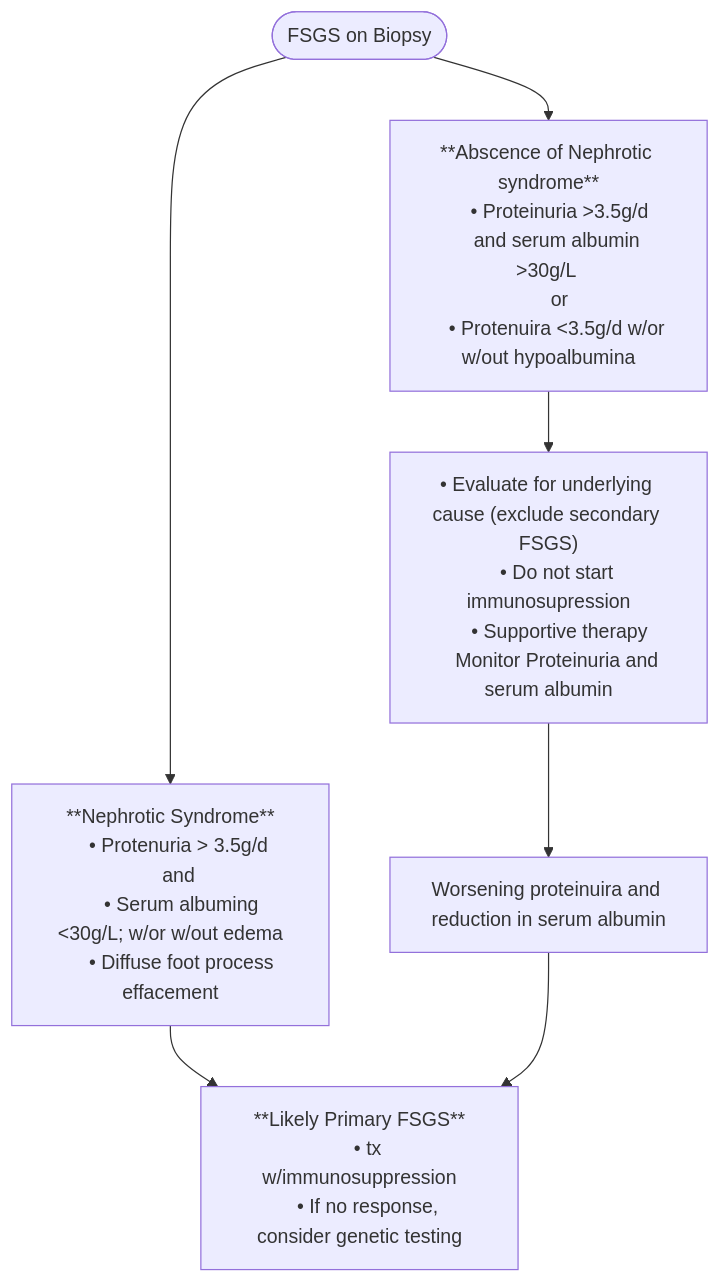
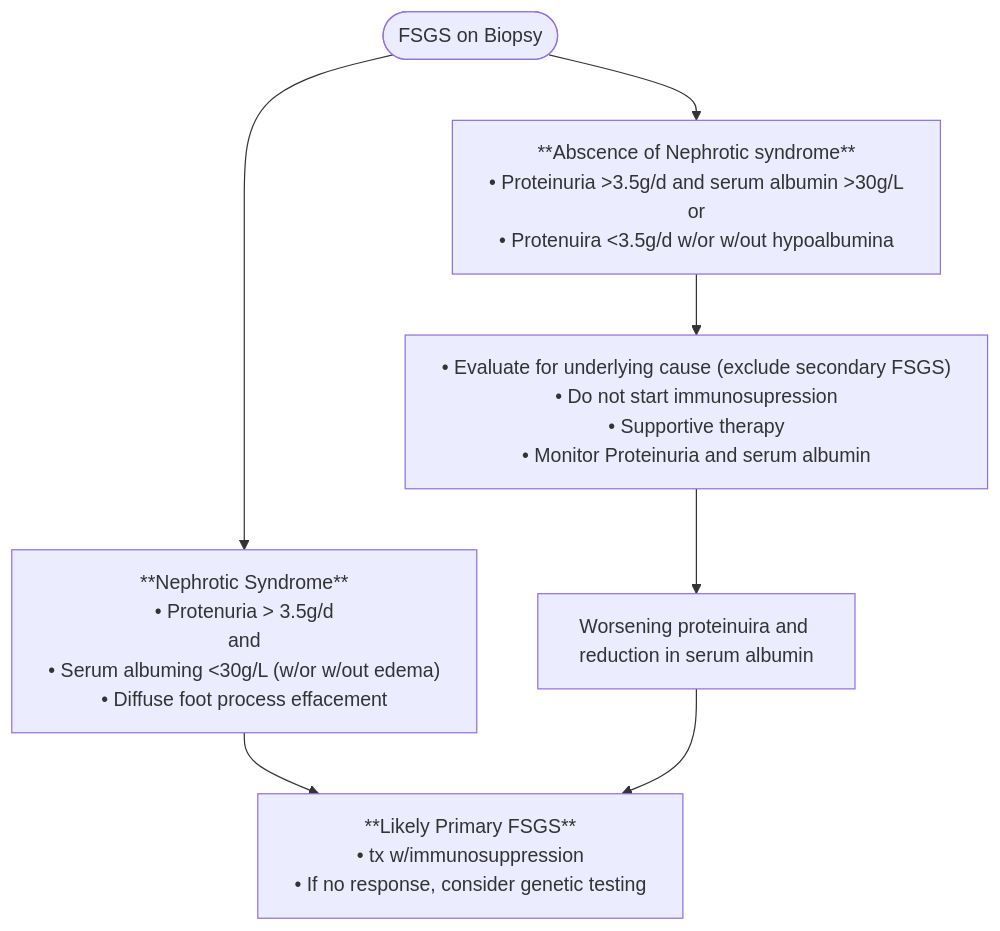
Before and after one commit to TTUNEPH2025/GN: the diagram in docs/FSGS.md, drawn with Mermaid.

````diff
--- a/docs/FSGS.md
+++ b/docs/FSGS.md
@@ -34,21 +34,24 @@
 ```mermaid
 flowchart TD
     A(["FSGS on Biopsy"]) --> C["**Nephrotic Syndrome**
-    • Protenuria &gt; 3.5g/d 
-    and 
-     • Serum albuming &lt;30g/L; w/or w/out edema
-     • Diffuse foot process effacement"] & n2["**Abscence of Nephrotic syndrome**
-    • Proteinuria &gt;3.5g/d
-    and serum albumin &gt;30g/L 
-    or
+    • Protenuria &gt; 3.5g/d
+      and
+    • Serum albuming &lt;30g/L (w/or w/out edema)
+    • Diffuse foot process effacement"] & n2["**Abscence of Nephrotic syndrome**
+    • Proteinuria &gt;3.5g/d and serum albumin &gt;30g/L 
+             or
     • Protenuira &lt;3.5g/d w/or w/out hypoalbumina"]
     C --> n3["**Likely Primary FSGS**
     • tx w/immunosuppression
     • If no response, consider genetic testing"]
     n2 --> n4["• Evaluate for underlying cause (exclude secondary FSGS)
     • Do not start immunosupression
     • Supportive therapy
-    Monitor Proteinuria and serum albumin"]
+    • Monitor Proteinuria and serum albumin"]
     n4 --> n5["Worsening proteinuira and reduction in serum albumin"]
     n5 --> n3
+    style n4 white-space:nowrap
+    style C white-space:nowrap
+    style n2 white-space:nowrap
+    style n3 white-space:nowrap
 ```
````
